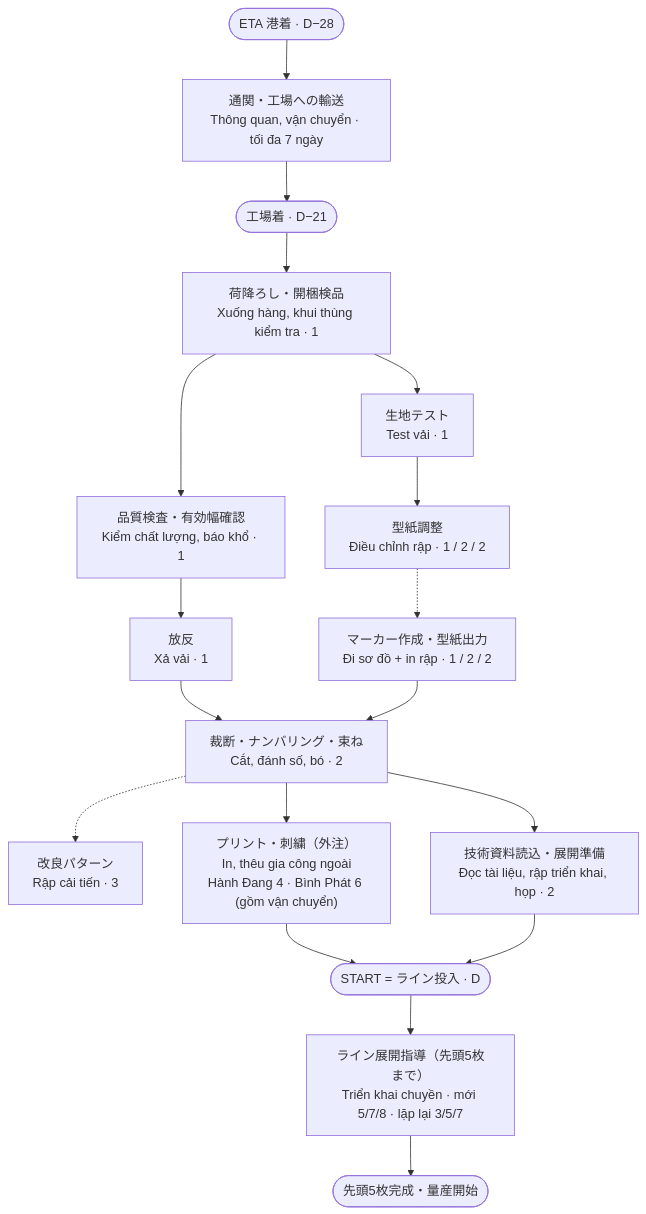
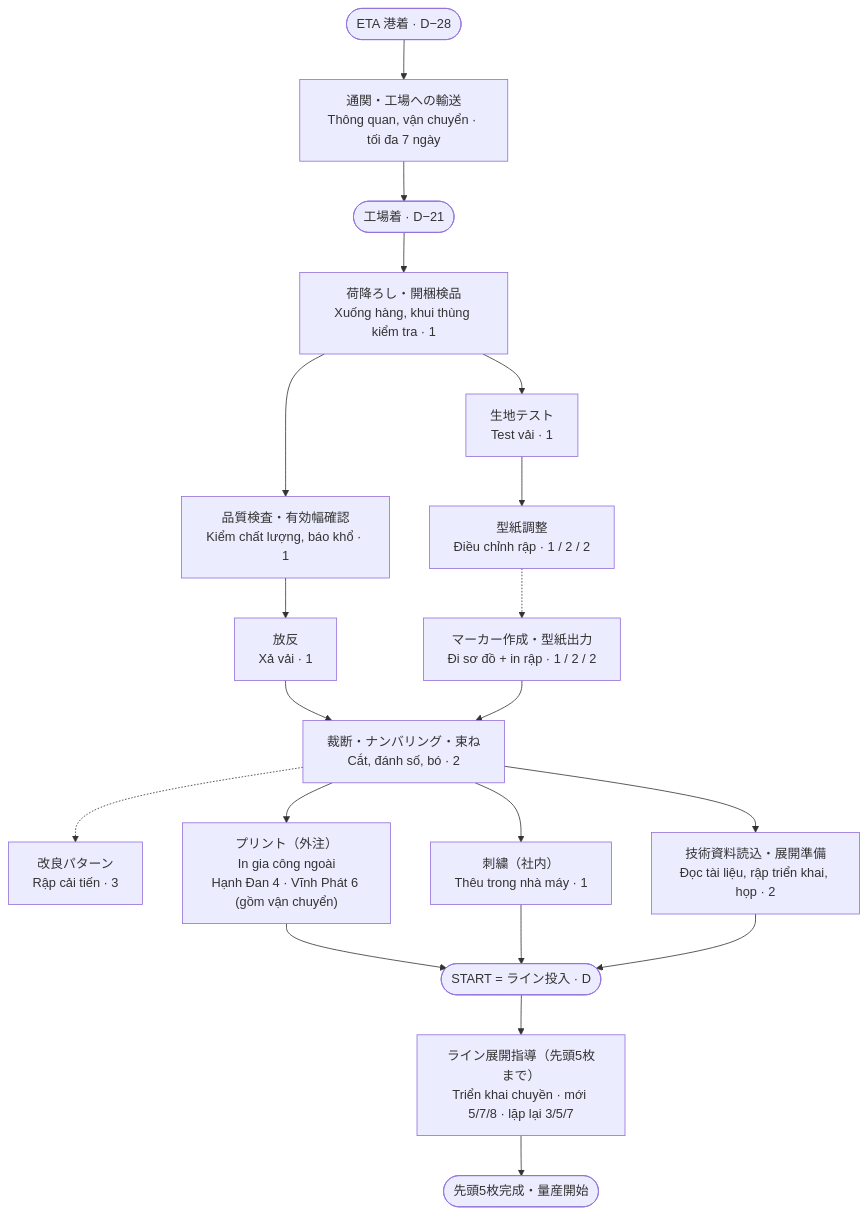
The diagram in docs/quy-trinh-lead-time.md (danieltran1011-sudo/PM-Production-Management), drawn with Mermaid before and after one commit. The commit also changed other lines of this file and 5 other files, not shown here.

First line of the commit message:
Thêu trong nhà máy, đổi tên nơi gia công, bỏ nội dung nhân sự khỏi trang TIJ

````diff
--- a/docs/quy-trinh-lead-time.md
+++ b/docs/quy-trinh-lead-time.md
@@ -16,20 +16,22 @@
 ```mermaid
 flowchart TD
     ETA(["ETA 港着 · D−28"]) --> XNK["通関・工場への輸送<br/>Thông quan, vận chuyển · tối đa 7 ngày"]
     XNK --> FAC(["工場着 · D−21"])
     FAC --> KHUI["荷降ろし・開梱検品<br/>Xuống hàng, khui thùng kiểm tra · 1"]
     KHUI --> QC["品質検査・有効幅確認<br/>Kiểm chất lượng, báo khổ · 1"]
     KHUI --> TEST["生地テスト<br/>Test vải · 1"]
     QC --> XA["放反<br/>Xả vải · 1"]
     TEST --> RAP["型紙調整<br/>Điều chỉnh rập · 1 / 2 / 2"]
     RAP -.-> SODO["マーカー作成・型紙出力<br/>Đi sơ đồ + in rập · 1 / 2 / 2"]
     XA --> CAT["裁断・ナンバリング・束ね<br/>Cắt, đánh số, bó · 2"]
     SODO --> CAT
     CAT -.-> CT["改良パターン<br/>Rập cải tiến · 3"]
-    CAT --> GC["プリント・刺繍（外注）<br/>In, thêu gia công ngoài<br/>Hành Đang 4 · Bình Phát 6 (gồm vận chuyển)"]
+    CAT --> GC["プリント（外注）<br/>In gia công ngoài<br/>Hạnh Đan 4 · Vĩnh Phát 6 (gồm vận chuyển)"]
+    CAT --> THEU["刺繍（社内）<br/>Thêu trong nhà máy · 1"]
     CAT --> HOP["技術資料読込・展開準備<br/>Đọc tài liệu, rập triển khai, họp · 2"]
     GC --> START(["START = ライン投入 · D"])
+    THEU --> START
     HOP --> START
     START --> TK["ライン展開指導（先頭5枚まで）<br/>Triển khai chuyền · mới 5/7/8 · lặp lại 3/5/7"]
     TK --> FP(["先頭5枚完成・量産開始"])
 ```
````
